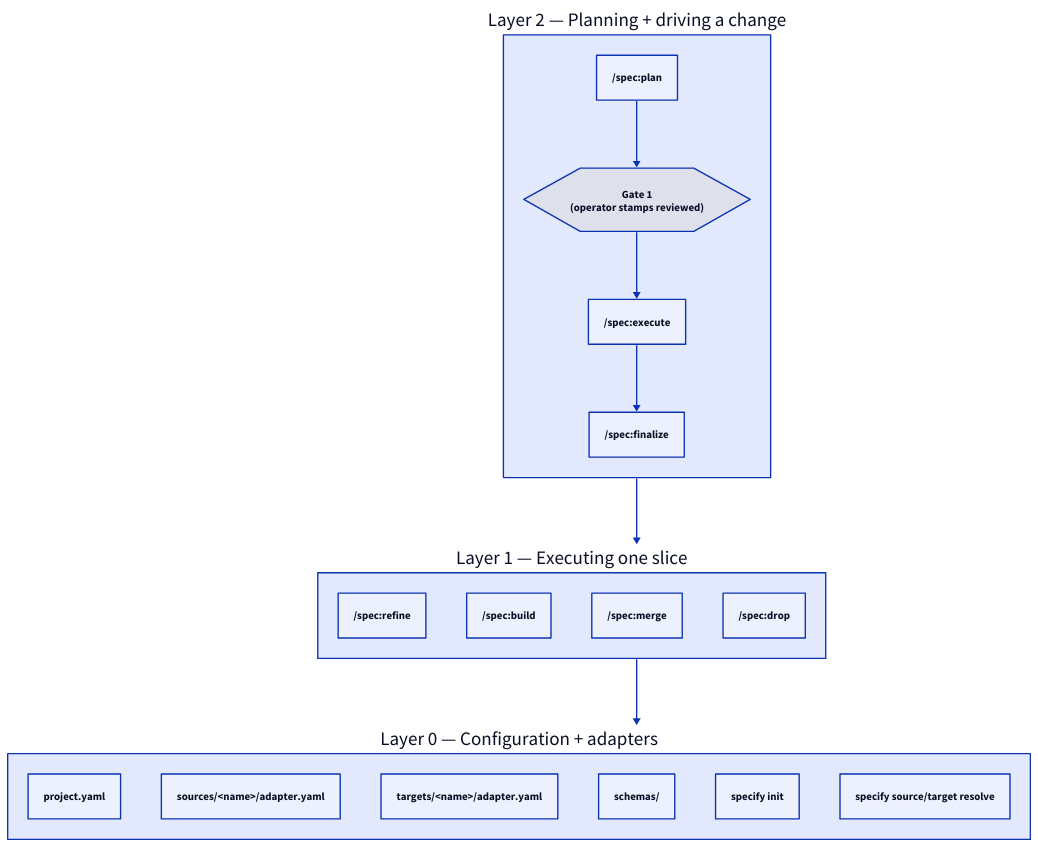
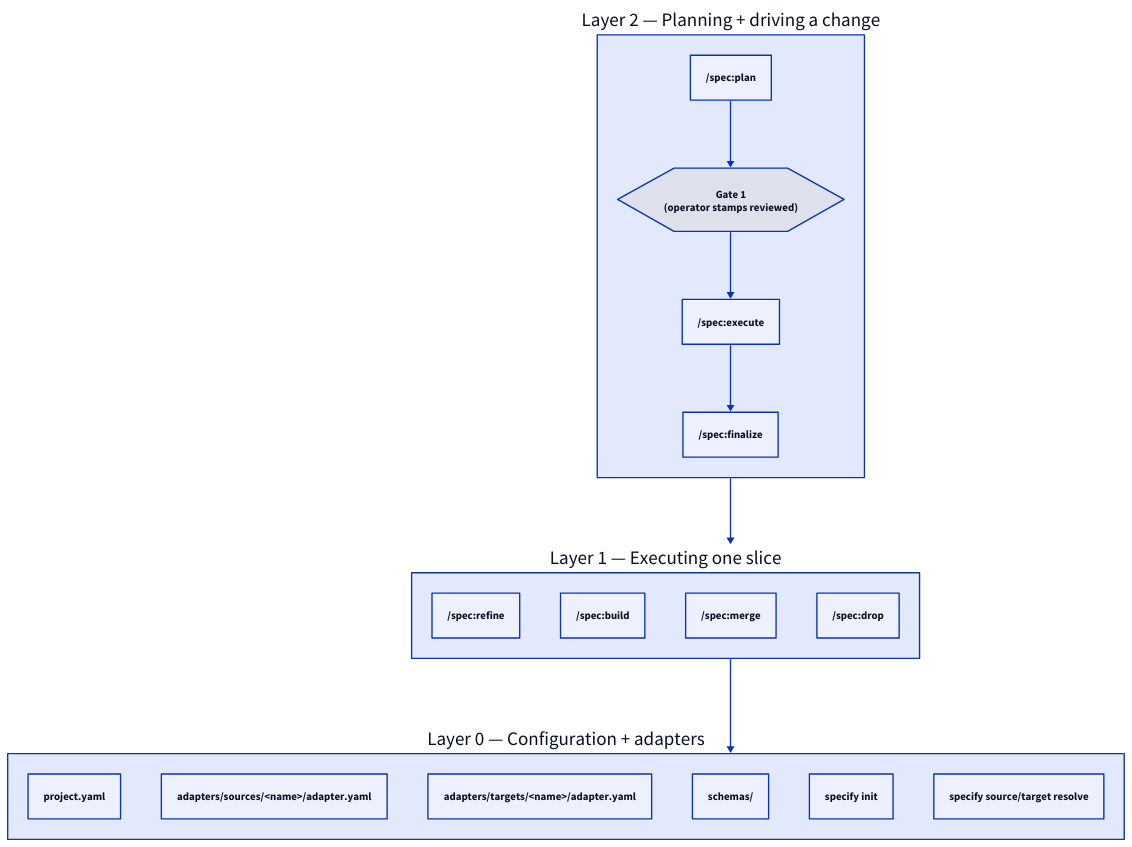
The diagram in docs/explanation/layered-stack.md (augentic/anvil), drawn with D2 before and after one commit. The commit also changed other lines of this file and 147 other files, not shown here.

````diff
--- a/docs/explanation/layered-stack.md
+++ b/docs/explanation/layered-stack.md
@@ -5,32 +5,32 @@
 ```d2
 direction: down
 
 Layer2: "Layer 2 — Planning + driving a change" {
   plan: "/spec:plan"
   gate: "Gate 1\n(operator stamps reviewed)" {shape: hexagon}
   execute: "/spec:execute"
   finalize: "/spec:finalize"
   plan -> gate
   gate -> execute
   execute -> finalize
 }
 
 Layer1: "Layer 1 — Executing one slice" {
   refine: "/spec:refine"
   build: "/spec:build"
   mergeSkill: "/spec:merge"
   drop: "/spec:drop"
 }
 
 Layer0: "Layer 0 — Configuration + adapters" {
   projectYaml: "project.yaml"
-  sources: "sources/<name>/adapter.yaml"
-  targets: "targets/<name>/adapter.yaml"
+  sources: "adapters/sources/<name>/adapter.yaml"
+  targets: "adapters/targets/<name>/adapter.yaml"
   schemas: "schemas/"
   initVerb: "specify init"
   resolveVerbs: "specify source/target resolve"
 }
 
 Layer2 -> Layer1
 Layer1 -> Layer0
 ```
````
